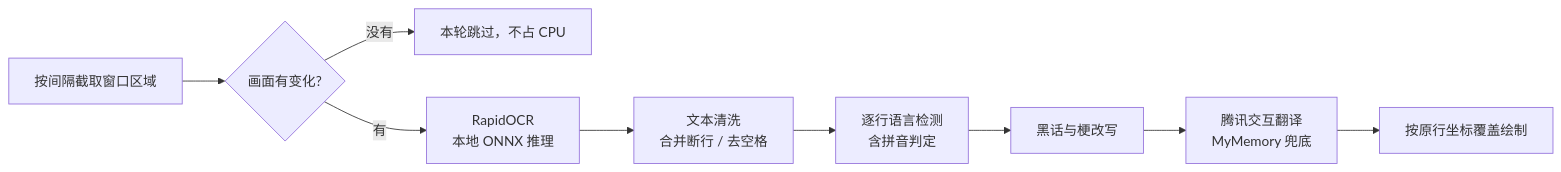
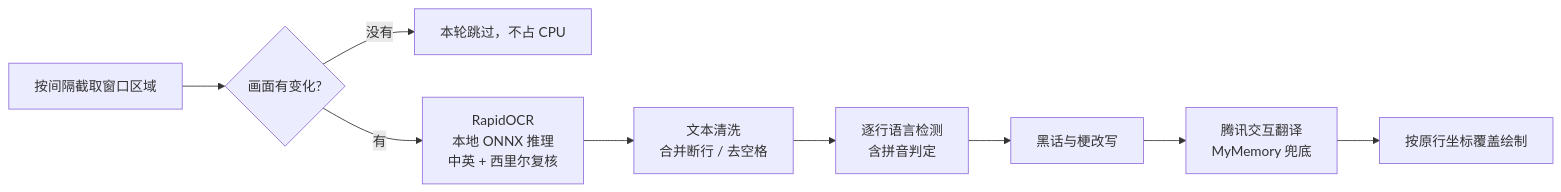
The diagram in README.md (sosa6697/translation-tools), drawn with Mermaid before and after one commit. The commit also changed other lines of this file and 7 other files, not shown here.

````diff
--- a/README.md
+++ b/README.md
@@ -159,11 +164,11 @@
 ```mermaid
 flowchart LR
     A[按间隔截取窗口区域] --> H{画面有变化?}
     H -- 没有 --> X[本轮跳过，不占 CPU]
-    H -- 有 --> B[RapidOCR<br>本地 ONNX 推理]
+    H -- 有 --> B[RapidOCR<br>本地 ONNX 推理<br>中英 + 西里尔复核]
     B --> C[文本清洗<br>合并断行 / 去空格]
     C --> D[逐行语言检测<br>含拼音判定]
     D --> E[黑话与梗改写]
     E --> F[腾讯交互翻译<br>MyMemory 兜底]
     F --> G[按原行坐标覆盖绘制]
 ```
````
